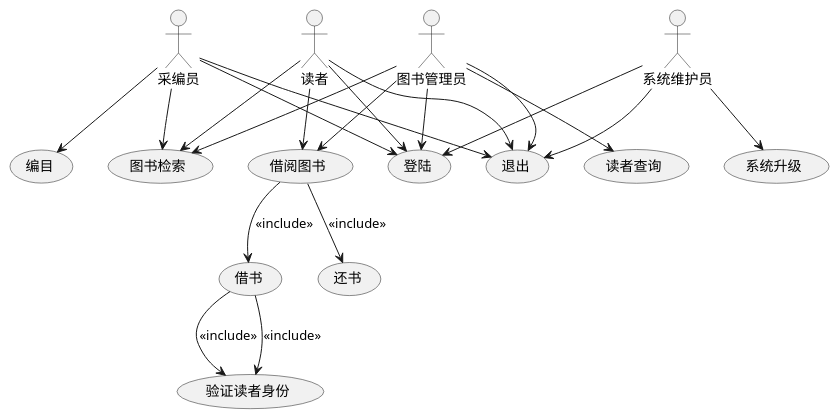
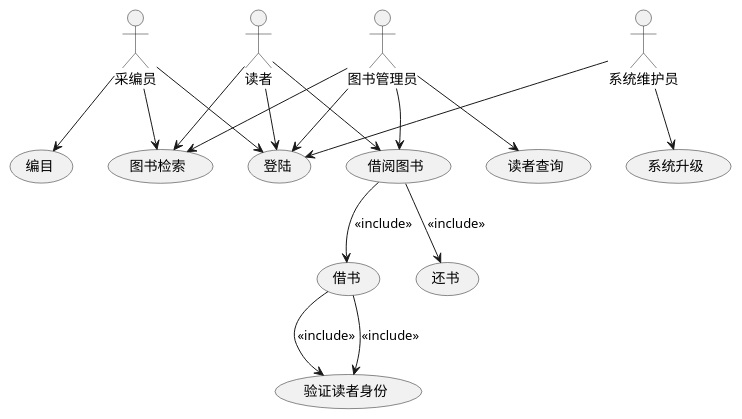
The diagram in test2/usecase.puml (Frapschen/is_analysis), drawn with PlantUML before and after one commit. The commit also changed 12 other files, not shown here.

```diff
--- a/test2/usecase.puml
+++ b/test2/usecase.puml
@@ -1,42 +1,40 @@
 @startuml
 usecase (编目)
 usecase (图书检索)
+
 usecase (借阅图书)
+usecase (借书)
+usecase (还书)
+
 usecase (读者查询)
 usecase (登陆)
-usecase (退出)
 usecase (系统升级)
-usecase (借书)
-usecase (还书)
 usecase (验证读者身份)
+
 actor :采编员:
 actor :读者:
 actor :系统维护员:
 actor :图书管理员:
 :采编员: --> (编目)
 :采编员: --> (图书检索)
 :采编员: --> (登陆)
-:采编员: --> (退出)
 
 :读者: --> (图书检索)
 :读者: --> (借阅图书)
 :读者: --> (登陆)
-:读者: --> (退出)
 
 :图书管理员: --> (图书检索)
 :图书管理员: --> (借阅图书)
 :图书管理员: --> (读者查询)
 :图书管理员: --> (登陆)
-:图书管理员: --> (退出)
 
 :系统维护员: --> (系统升级)
 :系统维护员: --> (登陆)
-:系统维护员: --> (退出)
 
 
 (借阅图书) --> (借书) : <<include>>
 (借阅图书) --> (还书) : <<include>>
 
 (借书) --> (验证读者身份) : <<include>>
 (借书) --> (验证读者身份) : <<include>>
 @enduml
```
